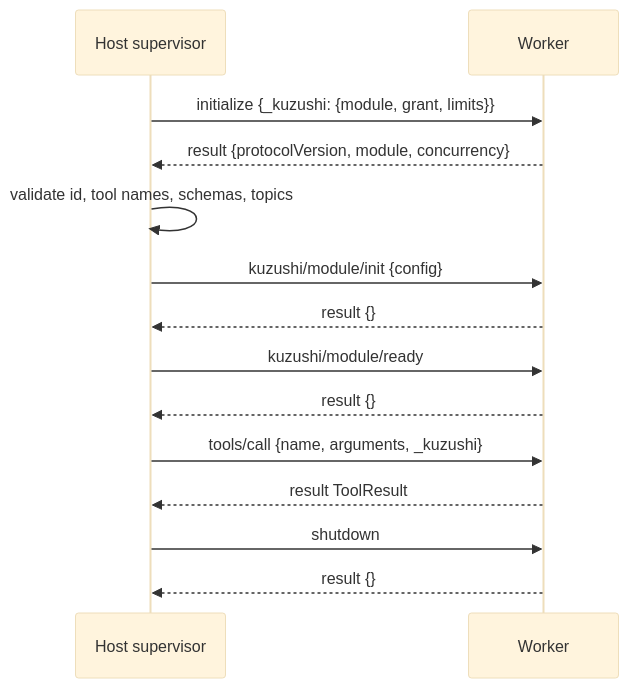
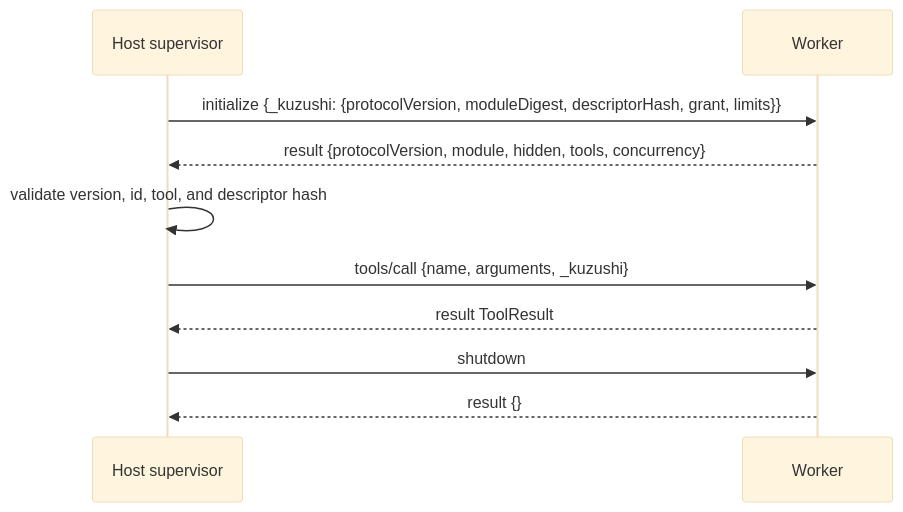
The second of 2 diagrams in docs/architecture/kwp-worker-protocol.md (allsmog/Kuzushi), drawn with Mermaid (base theme) before and after one commit. The commit also changed other lines of this file and 33 other files, not shown here.

````diff
--- a/docs/architecture/kwp-worker-protocol.md
+++ b/docs/architecture/kwp-worker-protocol.md
@@ -181,17 +182,13 @@
 ```mermaid
 sequenceDiagram
   participant H as Host supervisor
   participant W as Worker
 
-  H->>W: initialize {_kuzushi: {module, grant, limits}}
-  W-->>H: result {protocolVersion, module, concurrency}
-  H->>H: validate id, tool names, schemas, topics
-  H->>W: kuzushi/module/init {config}
-  W-->>H: result {}
-  H->>W: kuzushi/module/ready
-  W-->>H: result {}
+  H->>W: initialize {_kuzushi: {protocolVersion, moduleDigest, descriptorHash, grant, limits}}
+  W-->>H: result {protocolVersion, module, hidden, tools, concurrency}
+  H->>H: validate version, id, tool, and descriptor hash
   H->>W: tools/call {name, arguments, _kuzushi}
   W-->>H: result ToolResult
   H->>W: shutdown
   W-->>H: result {}
 ```
````
